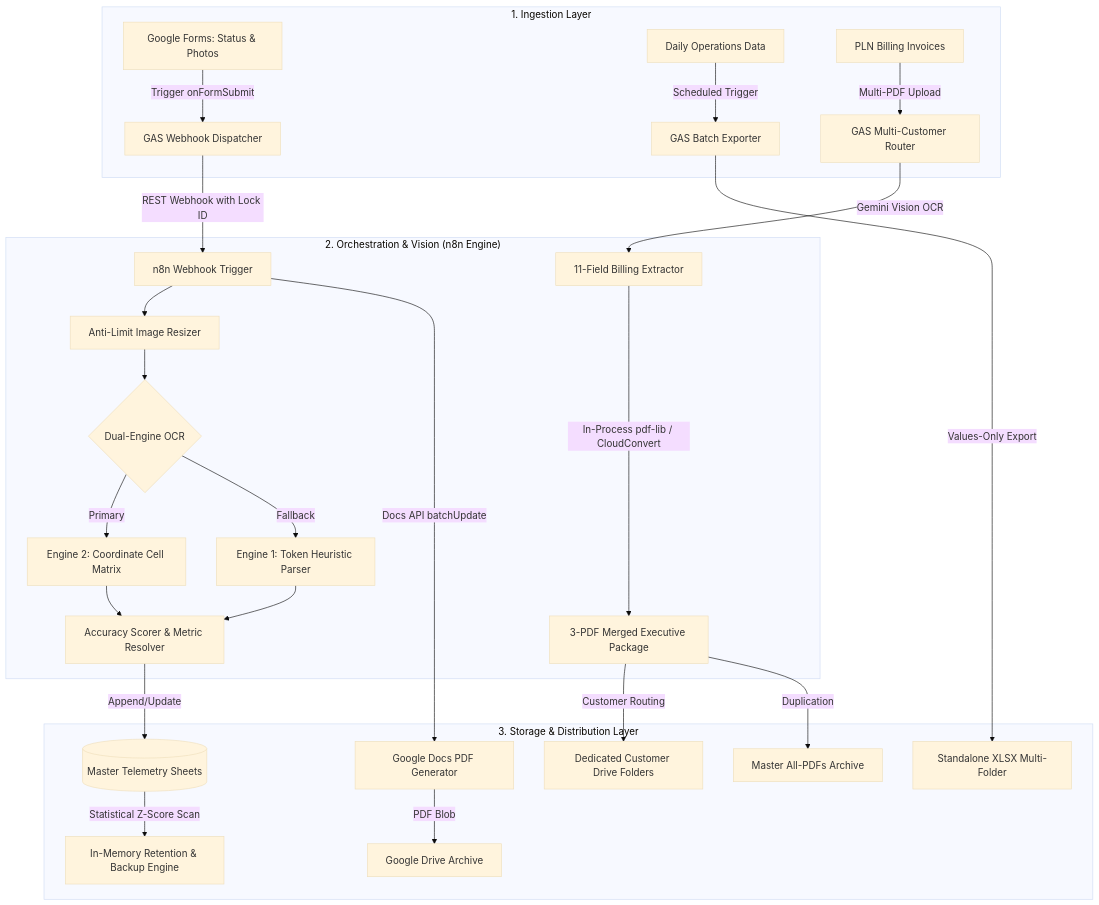
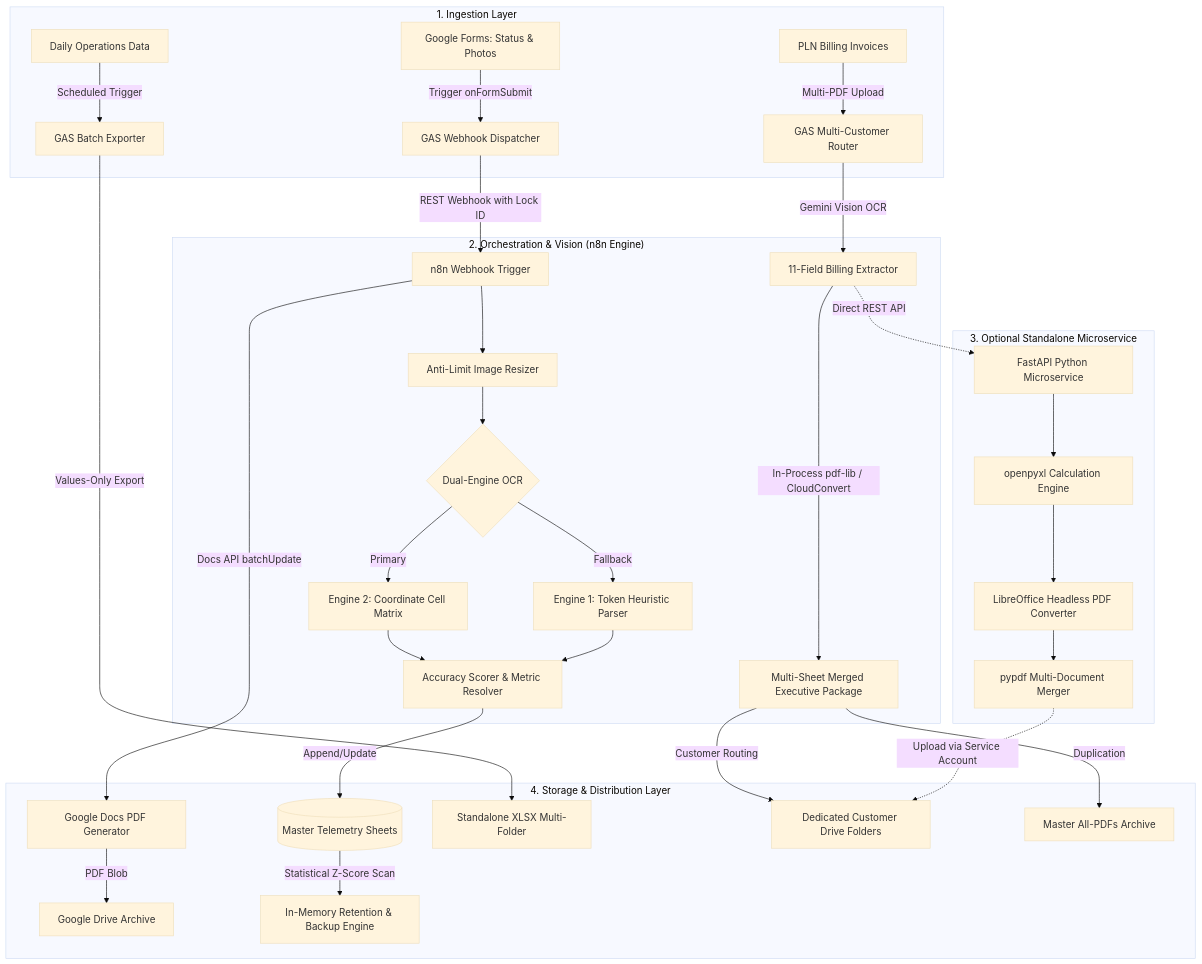
One commit to pandamanaaja/telemetry-workflow-automation changed the diagram in README.md. Above: the diagram before and after it, drawn with Mermaid (base theme). The commit also changed other lines of this file and 12 other files, not shown here.

Commit message:
feat: add PLN auto report v16.5 engine, n8n v16 workflow, and standalone python microservice

````diff
--- a/README.md
+++ b/README.md
@@ -15,30 +16,38 @@
 ```mermaid
 flowchart TD
     subgraph Ingestion["1. Ingestion Layer"]
-        A1[Google Forms: Status & Photos] -->|Trigger onFormSubmit| B1[GAS Webhook Dispatcher]
-        A2[Daily Operations Data] -->|Scheduled Trigger| B2[GAS Batch Exporter]
-        A3[PLN Billing Invoices] -->|Multi-PDF Upload| B3[GAS Multi-Customer Router]
+        A1["Google Forms: Status & Photos"] -->|Trigger onFormSubmit| B1["GAS Webhook Dispatcher"]
+        A2["Daily Operations Data"] -->|Scheduled Trigger| B2["GAS Batch Exporter"]
+        A3["PLN Billing Invoices"] -->|Multi-PDF Upload| B3["GAS Multi-Customer Router"]
     end
 
     subgraph Processing["2. Orchestration & Vision (n8n Engine)"]
-        B1 -->|REST Webhook with Lock ID| C1[n8n Webhook Trigger]
-        C1 --> C2[Anti-Limit Image Resizer]
-        C2 --> C3{Dual-Engine OCR}
-        C3 -->|Primary| C4[Engine 2: Coordinate Cell Matrix]
-        C3 -->|Fallback| C5[Engine 1: Token Heuristic Parser]
-        C4 --> C6[Accuracy Scorer & Metric Resolver]
+        B1 -->|REST Webhook with Lock ID| C1["n8n Webhook Trigger"]
+        C1 --> C2["Anti-Limit Image Resizer"]
+        C2 --> C3{"Dual-Engine OCR"}
+        C3 -->|Primary| C4["Engine 2: Coordinate Cell Matrix"]
+        C3 -->|Fallback| C5["Engine 1: Token Heuristic Parser"]
+        C4 --> C6["Accuracy Scorer & Metric Resolver"]
         C5 --> C6
-        B3 -->|Gemini Vision OCR| C7[11-Field Billing Extractor]
-        C7 -->|In-Process pdf-lib / CloudConvert| C8[3-PDF Merged Executive Package]
+        B3 -->|Gemini Vision OCR| C7["11-Field Billing Extractor"]
+        C7 -->|In-Process pdf-lib / CloudConvert| C8["Multi-Sheet Merged Executive Package"]
     end
 
-    subgraph Output["3. Storage & Distribution Layer"]
-        C6 -->|Append/Update| D1[(Master Telemetry Sheets)]
-        C1 -->|Docs API batchUpdate| D2[Google Docs PDF Generator]
-        D2 -->|PDF Blob| D3[Google Drive Archive]
-        B2 -->|Values-Only Export| D4[Standalone XLSX Multi-Folder]
-        D1 -->|Statistical Z-Score Scan| D5[In-Memory Retention & Backup Engine]
-        C8 -->|Customer Routing| D6[Dedicated Customer Drive Folders]
-        C8 -->|Duplication| D7[Master All-PDFs Archive]
+    subgraph HybridServer["3. Optional Standalone Microservice"]
+        C7 -.->|Direct REST API| S1["FastAPI Python Microservice"]
+        S1 --> S2["openpyxl Calculation Engine"]
+        S2 --> S3["LibreOffice Headless PDF Converter"]
+        S3 --> S4["pypdf Multi-Document Merger"]
+    end
+
+    subgraph Output["4. Storage & Distribution Layer"]
+        C6 -->|Append/Update| D1[("Master Telemetry Sheets")]
+        C1 -->|Docs API batchUpdate| D2["Google Docs PDF Generator"]
+        D2 -->|PDF Blob| D3["Google Drive Archive"]
+        B2 -->|Values-Only Export| D4["Standalone XLSX Multi-Folder"]
+        D1 -->|Statistical Z-Score Scan| D5["In-Memory Retention & Backup Engine"]
+        C8 -->|Customer Routing| D6["Dedicated Customer Drive Folders"]
+        C8 -->|Duplication| D7["Master All-PDFs Archive"]
+        S4 -.->|Upload via Service Account| D6
     end
 ```
````
